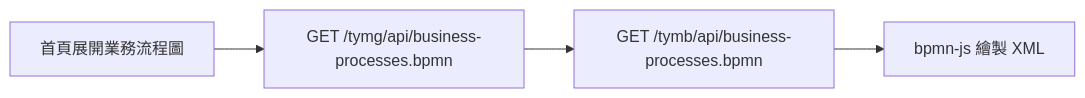
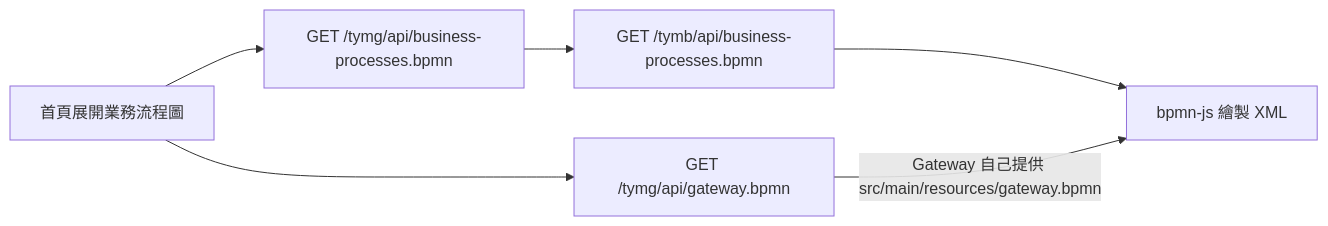
One commit to Vinskao/ty-multiverse-gateway changed the diagram in docs/BUSINESS_PROCESS_BPMN.md. Above: the diagram before and after it, drawn with Mermaid. The commit also changed other lines of this file and 5 other files, not shown here.

Commit message:
feat: add gateway BPMN endpoint and related resources

````diff
--- a/docs/BUSINESS_PROCESS_BPMN.md
+++ b/docs/BUSINESS_PROCESS_BPMN.md
@@ -3,6 +3,8 @@
 ```mermaid
 flowchart LR
   H[首頁展開業務流程圖] --> G[GET /tymg/api/business-processes.bpmn]
   G --> B[GET /tymb/api/business-processes.bpmn]
   B --> V[bpmn-js 繪製 XML]
+  H --> O[GET /tymg/api/gateway.bpmn]
+  O -->|Gateway 自己提供 src/main/resources/gateway.bpmn| V
 ```
````
